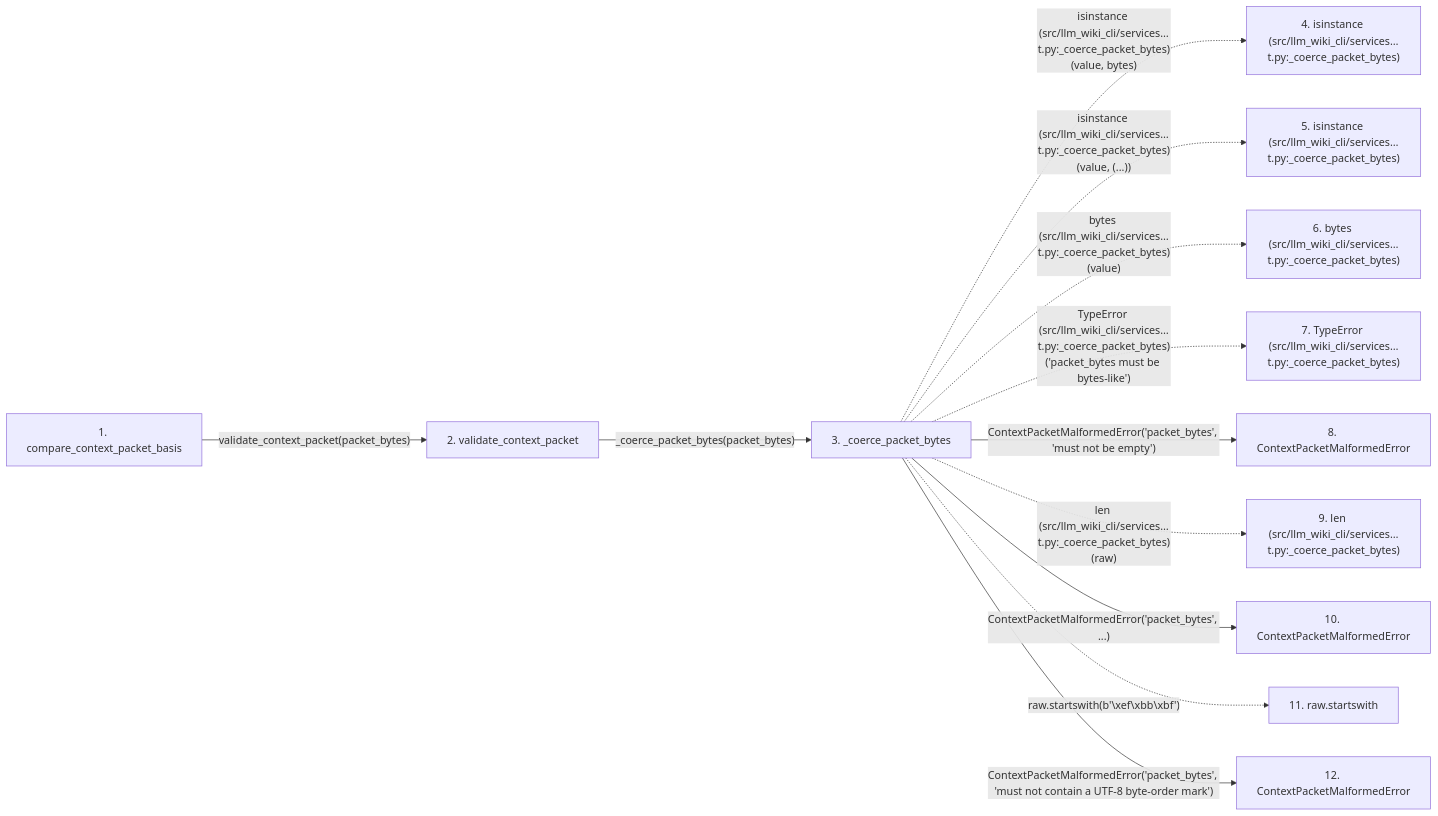
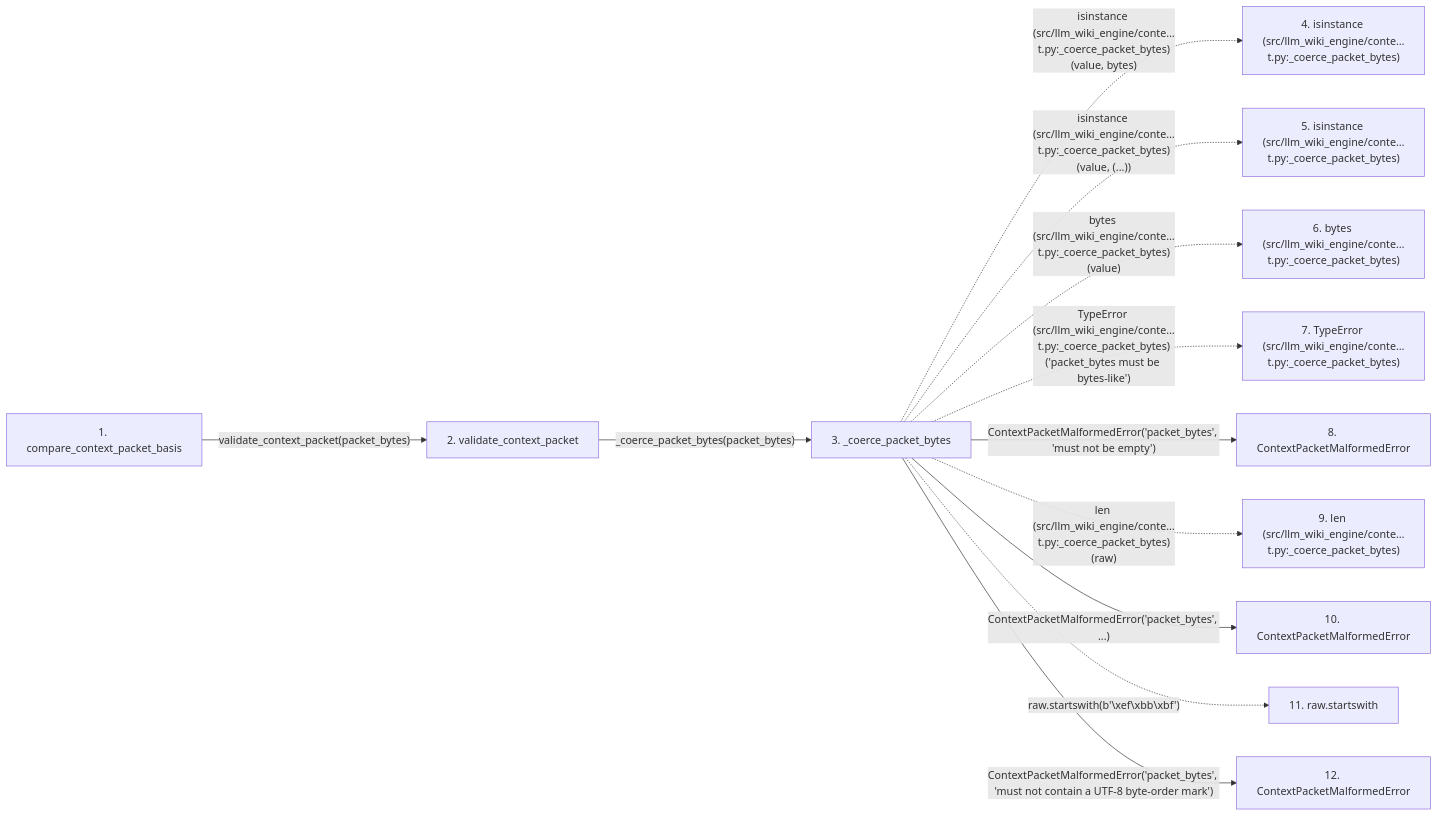
The second of 2 diagrams in docs/llm_wiki/flows/api-compare_context_packet_basis-context_packet_builder.md (Denissvgn/python-wiki-llm), drawn with Mermaid before and after one commit. The commit also changed other lines of this file and 577 other files, not shown here.

Commit message:
docs: refresh the wiki for the engine context packet

````diff
--- a/docs/llm_wiki/flows/api-compare_context_packet_basis-context_packet_builder.md
+++ b/docs/llm_wiki/flows/api-compare_context_packet_basis-context_packet_builder.md
@@ -140,32 +140,32 @@
 ```mermaid
 flowchart LR
     s1["1. compare_context_packet_basis"]
     s2["2. validate_context_packet"]
     s3["3. _coerce_packet_bytes"]
-    s4["4. isinstance (src/llm_wiki_cli/services…t.py:_coerce_packet_bytes)"]
-    s5["5. isinstance (src/llm_wiki_cli/services…t.py:_coerce_packet_bytes)"]
-    s6["6. bytes (src/llm_wiki_cli/services…t.py:_coerce_packet_bytes)"]
-    s7["7. TypeError (src/llm_wiki_cli/services…t.py:_coerce_packet_bytes)"]
+    s4["4. isinstance (src/llm_wiki_engine/conte…t.py:_coerce_packet_bytes)"]
+    s5["5. isinstance (src/llm_wiki_engine/conte…t.py:_coerce_packet_bytes)"]
+    s6["6. bytes (src/llm_wiki_engine/conte…t.py:_coerce_packet_bytes)"]
+    s7["7. TypeError (src/llm_wiki_engine/conte…t.py:_coerce_packet_bytes)"]
     s8["8. ContextPacketMalformedError"]
-    s9["9. len (src/llm_wiki_cli/services…t.py:_coerce_packet_bytes)"]
+    s9["9. len (src/llm_wiki_engine/conte…t.py:_coerce_packet_bytes)"]
     s10["10. ContextPacketMalformedError"]
     s11["11. raw.startswith"]
     s12["12. ContextPacketMalformedError"]
     s1 -->|"validate_context_packet(packet_bytes)"| s2
     s2 -->|"_coerce_packet_bytes(packet_bytes)"| s3
-    s3 -. "isinstance (src/llm_wiki_cli/services…t.py:_coerce_packet_bytes)(value, bytes)" .-> s4
-    s3 -. "isinstance (src/llm_wiki_cli/services…t.py:_coerce_packet_bytes)(value, (...))" .-> s5
-    s3 -. "bytes (src/llm_wiki_cli/services…t.py:_coerce_packet_bytes)(value)" .-> s6
-    s3 -. "TypeError (src/llm_wiki_cli/services…t.py:_coerce_packet_bytes)('packet_bytes must be bytes-like')" .-> s7
+    s3 -. "isinstance (src/llm_wiki_engine/conte…t.py:_coerce_packet_bytes)(value, bytes)" .-> s4
+    s3 -. "isinstance (src/llm_wiki_engine/conte…t.py:_coerce_packet_bytes)(value, (...))" .-> s5
+    s3 -. "bytes (src/llm_wiki_engine/conte…t.py:_coerce_packet_bytes)(value)" .-> s6
+    s3 -. "TypeError (src/llm_wiki_engine/conte…t.py:_coerce_packet_bytes)('packet_bytes must be bytes-like')" .-> s7
     s3 -->|"ContextPacketMalformedError('packet_bytes', 'must not be empty')"| s8
-    s3 -. "len (src/llm_wiki_cli/services…t.py:_coerce_packet_bytes)(raw)" .-> s9
+    s3 -. "len (src/llm_wiki_engine/conte…t.py:_coerce_packet_bytes)(raw)" .-> s9
     s3 -->|"ContextPacketMalformedError('packet_bytes', ...)"| s10
     s3 -. "raw.startswith(b'\xef\xbb\xbf')" .-> s11
     s3 -->|"ContextPacketMalformedError('packet_bytes', 'must not contain a UTF-8 byte-order mark')"| s12
     click s1 "../modules/context_packet_builder.md"
     click s2 "../modules/context_packet.md"
     click s3 "../modules/context_packet.md"
     click s8 "../modules/context_packet.md"
     click s10 "../modules/context_packet.md"
     click s12 "../modules/context_packet.md"
 ```
````
